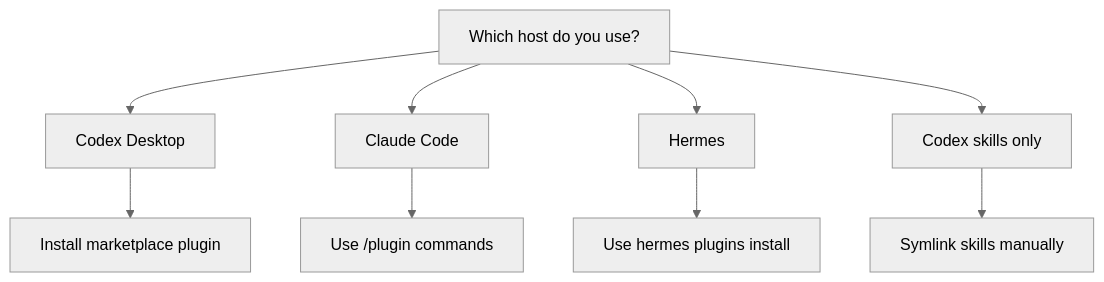
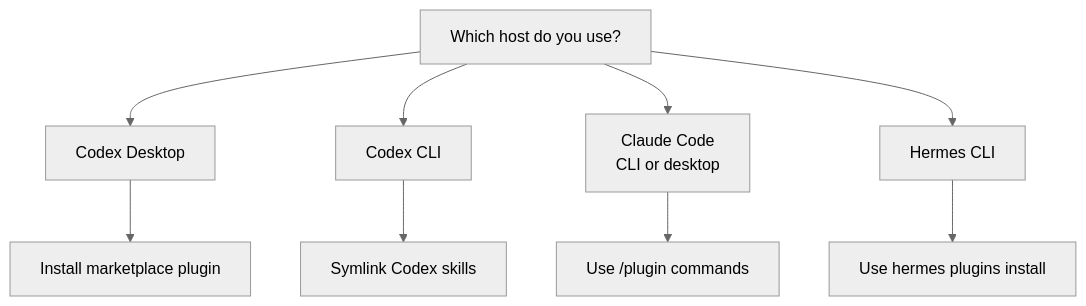
The third of 3 diagrams in README.md (sssstwee/tastedistill), drawn with Mermaid (neutral theme) before and after one commit. The commit also changed other lines of this file and 1 other file, not shown here.

````diff
--- a/README.md
+++ b/README.md
@@ -118,11 +120,11 @@
 ```mermaid
 flowchart TD
     A["Which host do you use?"] --> B["Codex Desktop"]
-    A --> C["Claude Code"]
-    A --> D["Hermes"]
-    A --> E["Codex skills only"]
+    A --> C["Codex CLI"]
+    A --> D["Claude Code<br/>CLI or desktop"]
+    A --> E["Hermes CLI"]
     B --> F["Install marketplace plugin"]
-    C --> G["Use /plugin commands"]
-    D --> H["Use hermes plugins install"]
-    E --> I["Symlink skills manually"]
+    C --> G["Symlink Codex skills"]
+    D --> H["Use /plugin commands"]
+    E --> I["Use hermes plugins install"]
 ```
````
